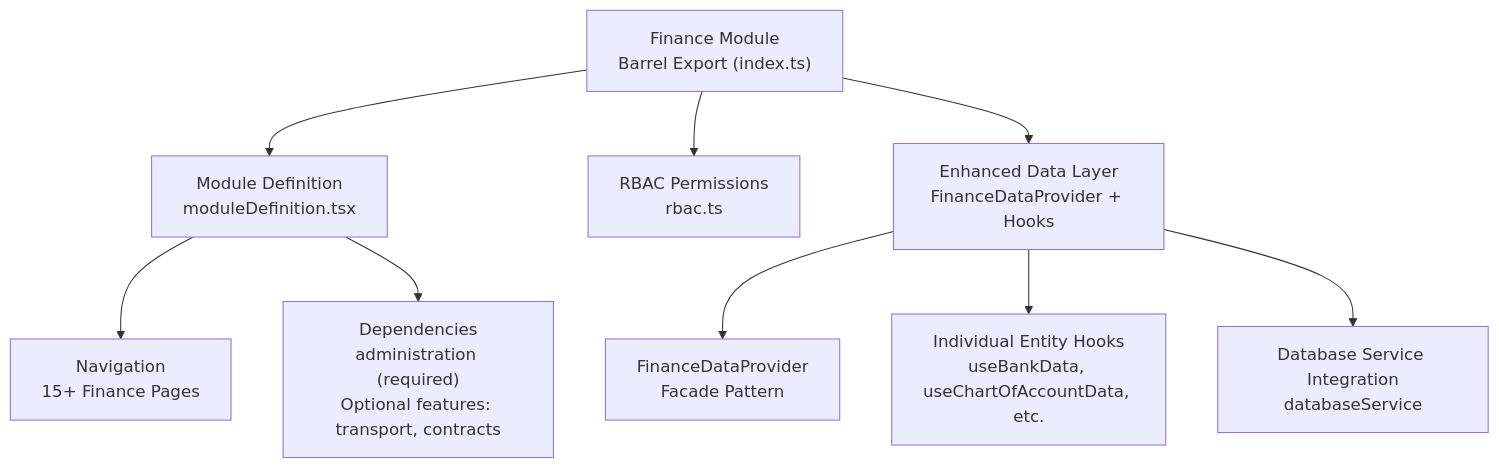
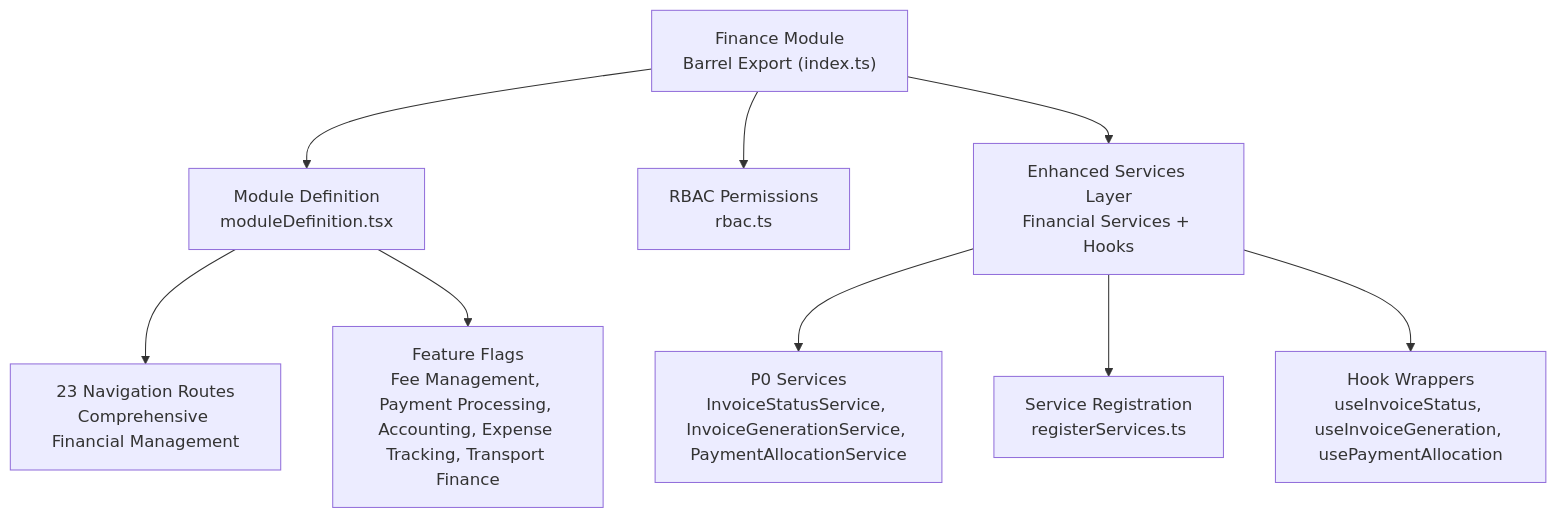
The first of 12 diagrams in .qoder/repowiki/en/content/Modules System/Finance Module.md (geniusdynamics/schoolpilot), drawn with Mermaid before and after one commit. The commit also changed other lines of this file and 21 other files, not shown here.

````diff
--- a/.qoder/repowiki/en/content/Modules System/Finance Module.md
+++ b/.qoder/repowiki/en/content/Modules System/Finance Module.md
@@ -51,11 +53,11 @@
 ```mermaid
 graph TB
 A["Finance Module<br/>Barrel Export (index.ts)"] --> B["Module Definition<br/>moduleDefinition.tsx"]
 A --> C["RBAC Permissions<br/>rbac.ts"]
-A --> D["Enhanced Data Layer<br/>FinanceDataProvider + Hooks"]
-D --> E["FinanceDataProvider<br/>Facade Pattern"]
-D --> F["Individual Entity Hooks<br/>useBankData, useChartOfAccountData, etc."]
-D --> G["Database Service Integration<br/>databaseService"]
-B --> H["Navigation<br/>15+ Finance Pages"]
-B --> I["Dependencies<br/>administration (required)<br/>Optional features: transport, contracts"]
+A --> D["Enhanced Services Layer<br/>Financial Services + Hooks"]
+D --> E["P0 Services<br/>InvoiceStatusService, InvoiceGenerationService, PaymentAllocationService"]
+D --> F["Service Registration<br/>registerServices.ts"]
+D --> G["Hook Wrappers<br/>useInvoiceStatus, useInvoiceGeneration, usePaymentAllocation"]
+B --> H["23 Navigation Routes<br/>Comprehensive Financial Management"]
+B --> I["Feature Flags<br/>Fee Management, Payment Processing, Accounting, Expense Tracking, Transport Finance"]
 ```
````
